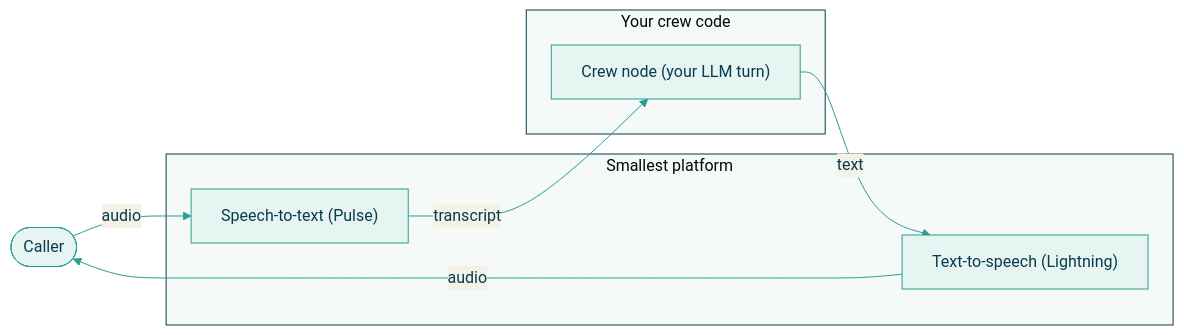
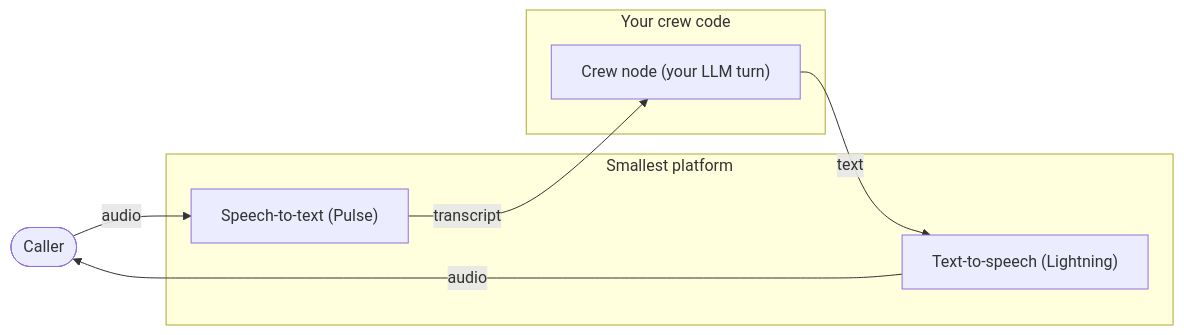
Before and after one commit to smallest-inc/smallest-ai-documentation: the first of 2 diagrams in fern/products/atoms/pages/dev/introduction/overview.mdx, drawn with Mermaid. The commit also changed other lines of this file, not shown here.

Commit message:
docs(overview): drop hardcoded mermaid theme so dark mode reads
The per-block `%%{init:...}%%` directives baked light-mode colors
(navy text `#083b4d`, pale teal fill `#e6f4f2`) into both diagrams,
which meant readers on dark mode saw navy text on the already-dark
theme's background: unreadable.

Removed the init line from both mermaid fences. Everything else
(flowcharts, subgraphs, node labels, captions) is unchanged. Now
matches the pattern every other mermaid diagram in the repo uses:
no theme override, Fern's native mermaid theming adapts to whichever
mode the reader has on.

````diff
--- a/fern/products/atoms/pages/dev/introduction/overview.mdx
+++ b/fern/products/atoms/pages/dev/introduction/overview.mdx
@@ -14,16 +14,15 @@
 ```mermaid
-%%{init: {'theme':'base', 'themeVariables': {'primaryColor':'#e6f4f2','primaryBorderColor':'#2A9D8F','primaryTextColor':'#083b4d','lineColor':'#2A9D8F','clusterBkg':'#f5faf9','clusterBorder':'#083b4d','fontFamily':'Inter, system-ui, sans-serif'}}}%%
 flowchart LR
     Caller(["Caller"])
     subgraph Platform["Smallest platform"]
         STT["Speech-to-text (Pulse)"]
         TTS["Text-to-speech (Lightning)"]
     end
     subgraph Yours["Your crew code"]
         Node["Crew node (your LLM turn)"]
     end
     Caller -->|audio| STT
     STT -->|transcript| Node
     Node -->|text| TTS
     TTS -->|audio| Caller
 ```
````
